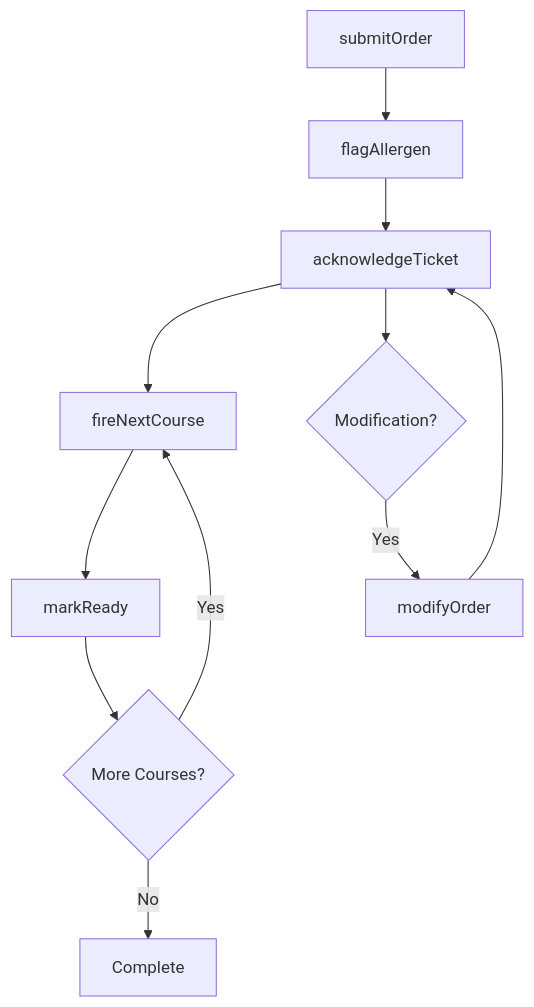
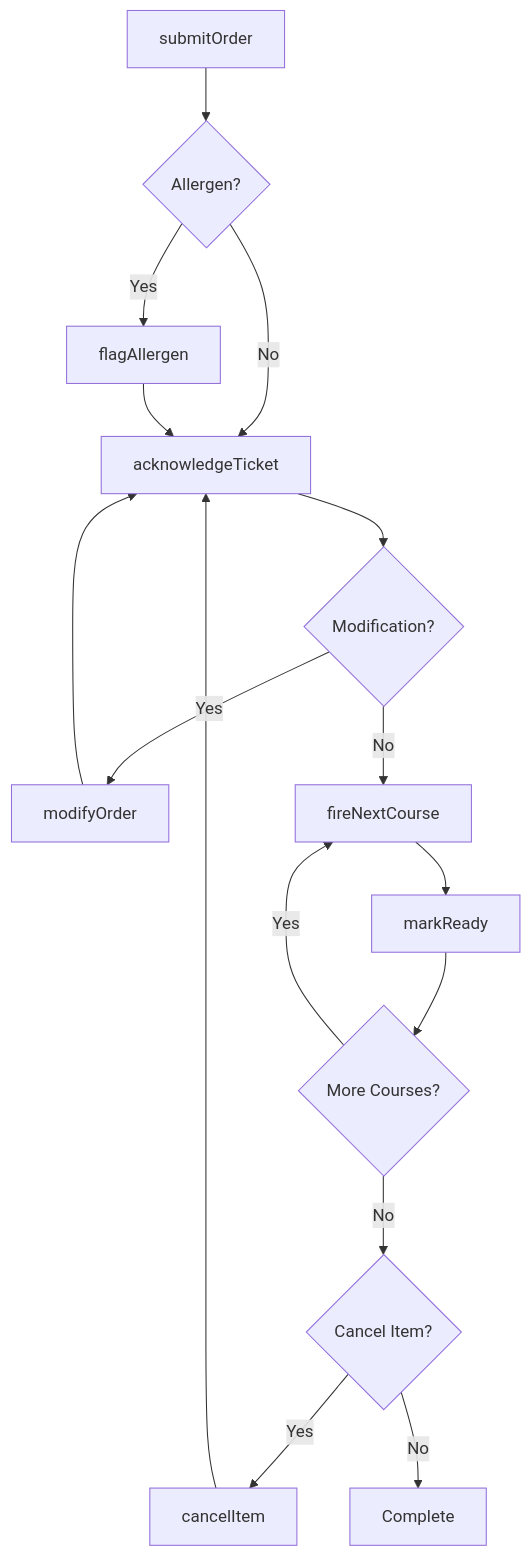
One commit to dot-org-ai/tasks.org.ai changed the third of 4 diagrams in CommunicatingWithSupervisorsPeersOrSubordinates/CommunicateWithOthersAboutOperationalPlansOrActivities/CommunicateDiningOrderDetailsKitchen.mdx. Above: the diagram before and after it, drawn with Mermaid. The commit also changed other lines of this file and 266 other files, not shown here.

First line of the commit message:
feat: Add ER diagrams, state diagrams to wave 2 batch (251 DWA files)

````diff
--- a/CommunicatingWithSupervisorsPeersOrSubordinates/CommunicateWithOthersAboutOperationalPlansOrActivities/CommunicateDiningOrderDetailsKitchen.mdx
+++ b/CommunicatingWithSupervisorsPeersOrSubordinates/CommunicateWithOthersAboutOperationalPlansOrActivities/CommunicateDiningOrderDetailsKitchen.mdx
@@ -83,13 +111,18 @@
 ```mermaid
 graph TD
-    A[submitOrder] --> B[flagAllergen]
-    B --> C[acknowledgeTicket]
-    C --> D[fireNextCourse]
-    D --> E[markReady]
-    E --> F{More Courses?}
-    F -->|Yes| D
-    F -->|No| G[Complete]
-    C --> H{Modification?}
-    H -->|Yes| I[modifyOrder]
-    I --> C
+    A[submitOrder] --> B{Allergen?}
+    B -->|Yes| C[flagAllergen]
+    B -->|No| D[acknowledgeTicket]
+    C --> D
+    D --> E{Modification?}
+    E -->|Yes| F[modifyOrder]
+    F --> D
+    E -->|No| G[fireNextCourse]
+    G --> H[markReady]
+    H --> I{More Courses?}
+    I -->|Yes| G
+    I -->|No| J{Cancel Item?}
+    J -->|Yes| K[cancelItem]
+    K --> D
+    J -->|No| L[Complete]
 ```
````
